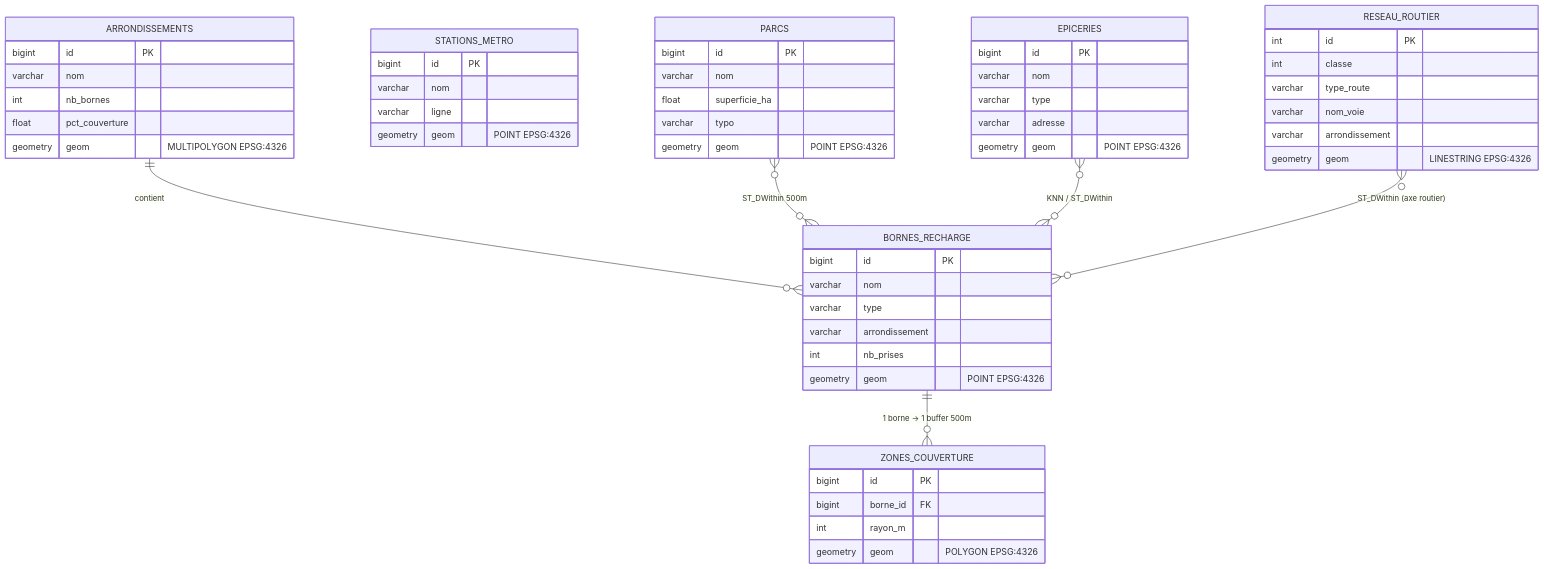
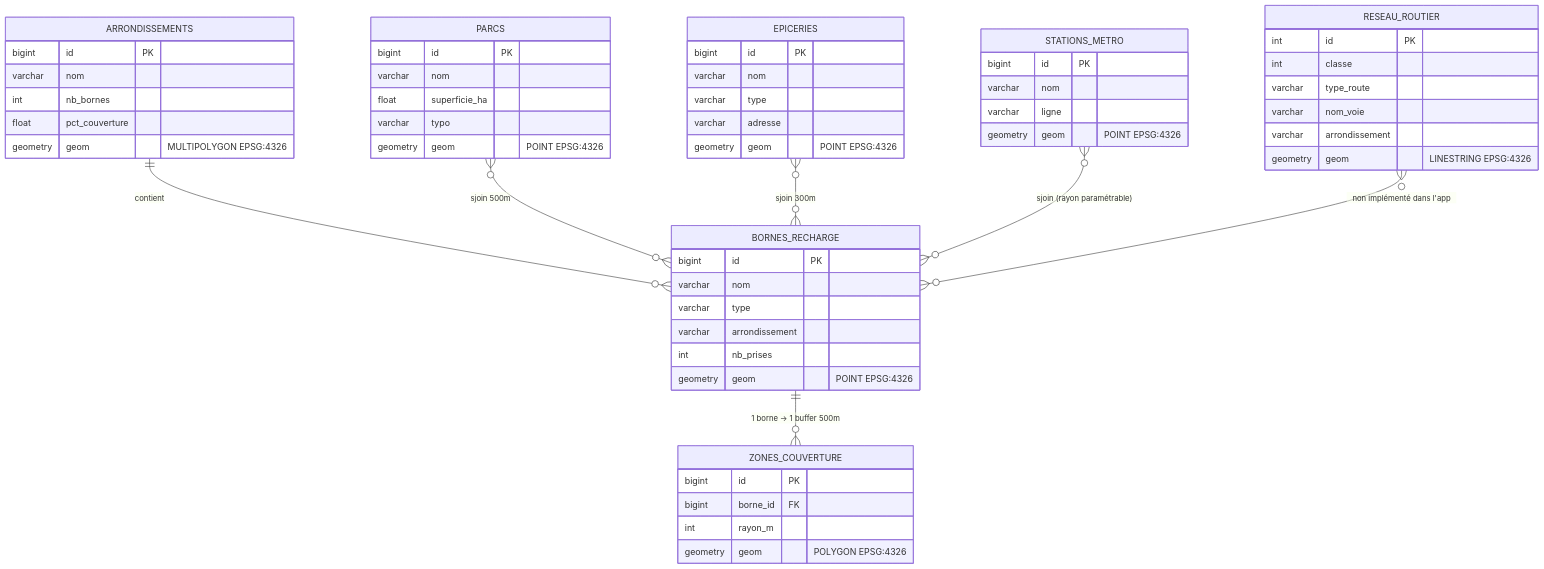
The third of 4 diagrams in DIAGRAMME_MERMAID.md (modou5604501/projet_Session), drawn with Mermaid before and after one commit. The commit also changed other lines of this file and 5 other files, not shown here.

````diff
--- a/DIAGRAMME_MERMAID.md
+++ b/DIAGRAMME_MERMAID.md
@@ -92,58 +81,59 @@
 ```mermaid
 erDiagram
     BORNES_RECHARGE {
         bigint id PK
         varchar nom
         varchar type
         varchar arrondissement
         int nb_prises
         geometry geom "POINT EPSG:4326"
     }
     ZONES_COUVERTURE {
         bigint id PK
         bigint borne_id FK
         int rayon_m
         geometry geom "POLYGON EPSG:4326"
     }
     ARRONDISSEMENTS {
         bigint id PK
         varchar nom
         int nb_bornes
         float pct_couverture
         geometry geom "MULTIPOLYGON EPSG:4326"
     }
     STATIONS_METRO {
         bigint id PK
         varchar nom
         varchar ligne
         geometry geom "POINT EPSG:4326"
     }
     PARCS {
         bigint id PK
         varchar nom
         float superficie_ha
         varchar typo
         geometry geom "POINT EPSG:4326"
     }
     EPICERIES {
         bigint id PK
         varchar nom
         varchar type
         varchar adresse
         geometry geom "POINT EPSG:4326"
     }
     RESEAU_ROUTIER {
         int id PK
         int classe
         varchar type_route
         varchar nom_voie
         varchar arrondissement
         geometry geom "LINESTRING EPSG:4326"
     }
 
     BORNES_RECHARGE ||--o{ ZONES_COUVERTURE : "1 borne → 1 buffer 500m"
     ARRONDISSEMENTS ||--o{ BORNES_RECHARGE : "contient"
-    PARCS }o--o{ BORNES_RECHARGE : "ST_DWithin 500m"
-    EPICERIES }o--o{ BORNES_RECHARGE : "KNN / ST_DWithin"
-    RESEAU_ROUTIER }o--o{ BORNES_RECHARGE : "ST_DWithin (axe routier)"
+    PARCS }o--o{ BORNES_RECHARGE : "sjoin 500m"
+    EPICERIES }o--o{ BORNES_RECHARGE : "sjoin 300m"
+    STATIONS_METRO }o--o{ BORNES_RECHARGE : "sjoin (rayon paramétrable)"
+    RESEAU_ROUTIER }o--o{ BORNES_RECHARGE : "non implémenté dans l'app"
 ```
````
